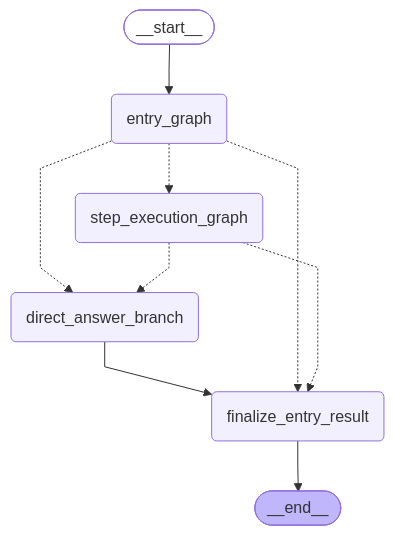
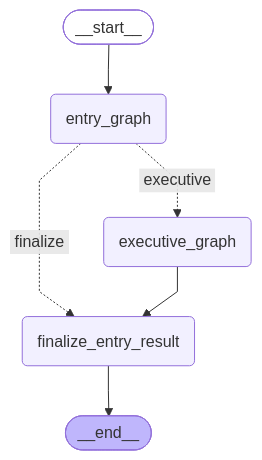
The first of 6 diagrams in docs/mermaid/entry-orchestration.md (SkyLiberation/personalAgent), drawn with Mermaid before and after one commit. The commit also changed other lines of this file and 295 other files, not shown here.

````diff
--- a/docs/mermaid/entry-orchestration.md
+++ b/docs/mermaid/entry-orchestration.md
@@ -2,26 +2,22 @@
 ```mermaid
 ---
 config:
   flowchart:
     curve: linear
 ---
 graph TD;
 	__start__([<p>__start__</p>]):::first
 	entry_graph(entry_graph)
-	direct_answer_branch(direct_answer_branch)
+	executive_graph(executive_graph)
 	finalize_entry_result(finalize_entry_result)
-	step_execution_graph(step_execution_graph)
 	__end__([<p>__end__</p>]):::last
 	__start__ --> entry_graph;
-	direct_answer_branch --> finalize_entry_result;
-	entry_graph -.-> direct_answer_branch;
-	entry_graph -.-> finalize_entry_result;
-	entry_graph -.-> step_execution_graph;
-	step_execution_graph -.-> direct_answer_branch;
-	step_execution_graph -.-> finalize_entry_result;
+	entry_graph -. &nbsp;executive&nbsp; .-> executive_graph;
+	entry_graph -. &nbsp;finalize&nbsp; .-> finalize_entry_result;
+	executive_graph --> finalize_entry_result;
 	finalize_entry_result --> __end__;
 	classDef default fill:#f2f0ff,line-height:1.2
 	classDef first fill-opacity:0
 	classDef last fill:#bfb6fc
 
 ```
````
